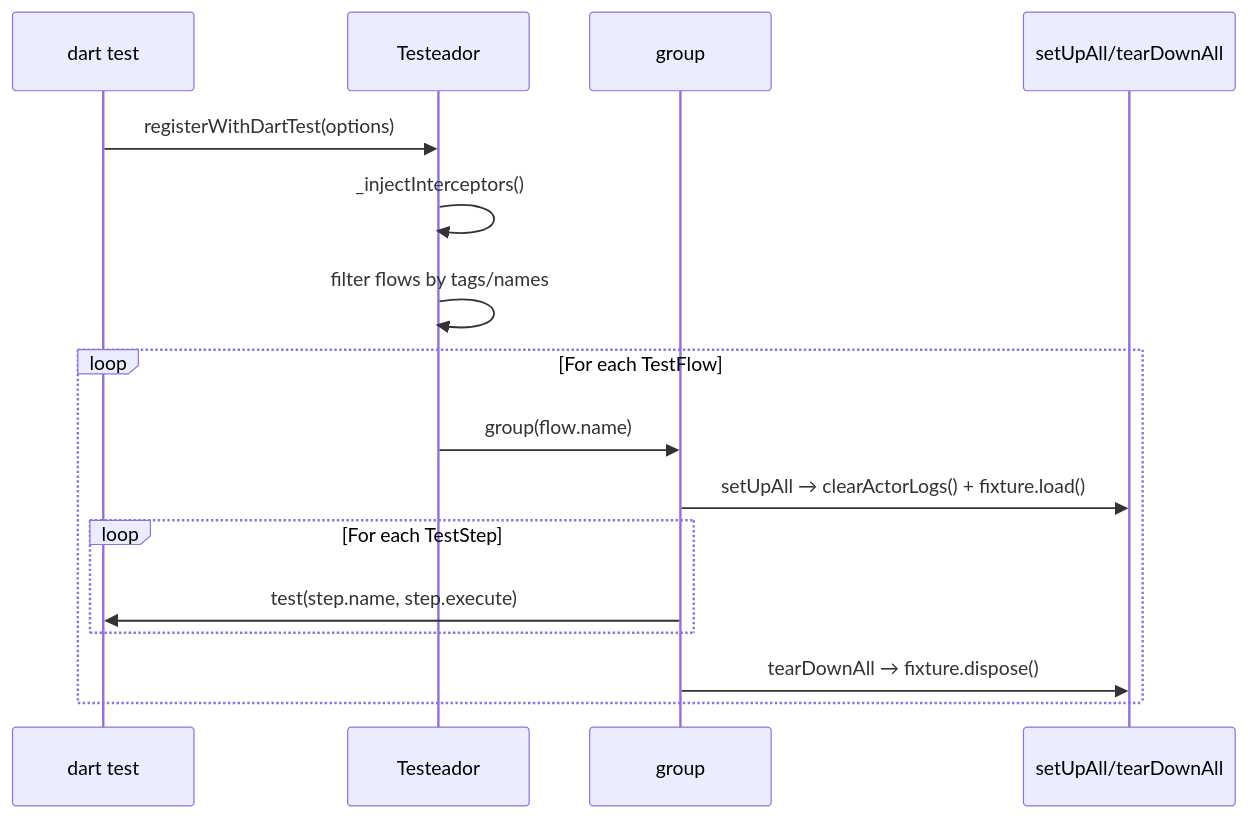
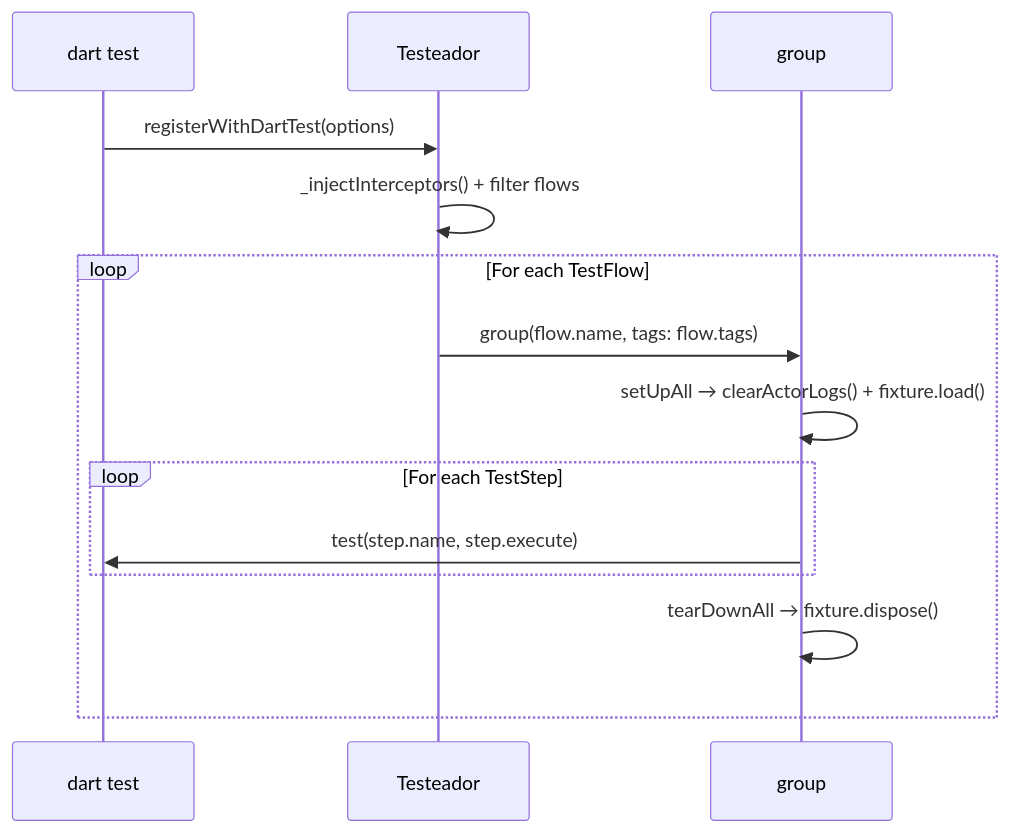
One commit to Rodsevich/testeador changed the third of 3 diagrams in docs/architecture.md. Above: the diagram before and after it, drawn with Mermaid. The commit also changed other lines of this file and 14 other files, not shown here.

````diff
--- a/docs/architecture.md
+++ b/docs/architecture.md
@@ -406,19 +221,17 @@
 ```mermaid
 sequenceDiagram
     participant DT as dart test
     participant T as Testeador
     participant G as group
-    participant S as setUpAll/tearDownAll
 
     DT->>T: registerWithDartTest(options)
-    T->>T: _injectInterceptors()
-    T->>T: filter flows by tags/names
+    T->>T: _injectInterceptors() + filter flows
     loop For each TestFlow
-        T->>G: group(flow.name)
-        G->>S: setUpAll → clearActorLogs() + fixture.load()
+        T->>G: group(flow.name, tags: flow.tags)
+        G->>G: setUpAll → clearActorLogs() + fixture.load()
         loop For each TestStep
             G->>DT: test(step.name, step.execute)
         end
-        G->>S: tearDownAll → fixture.dispose()
+        G->>G: tearDownAll → fixture.dispose()
     end
 ```
````
